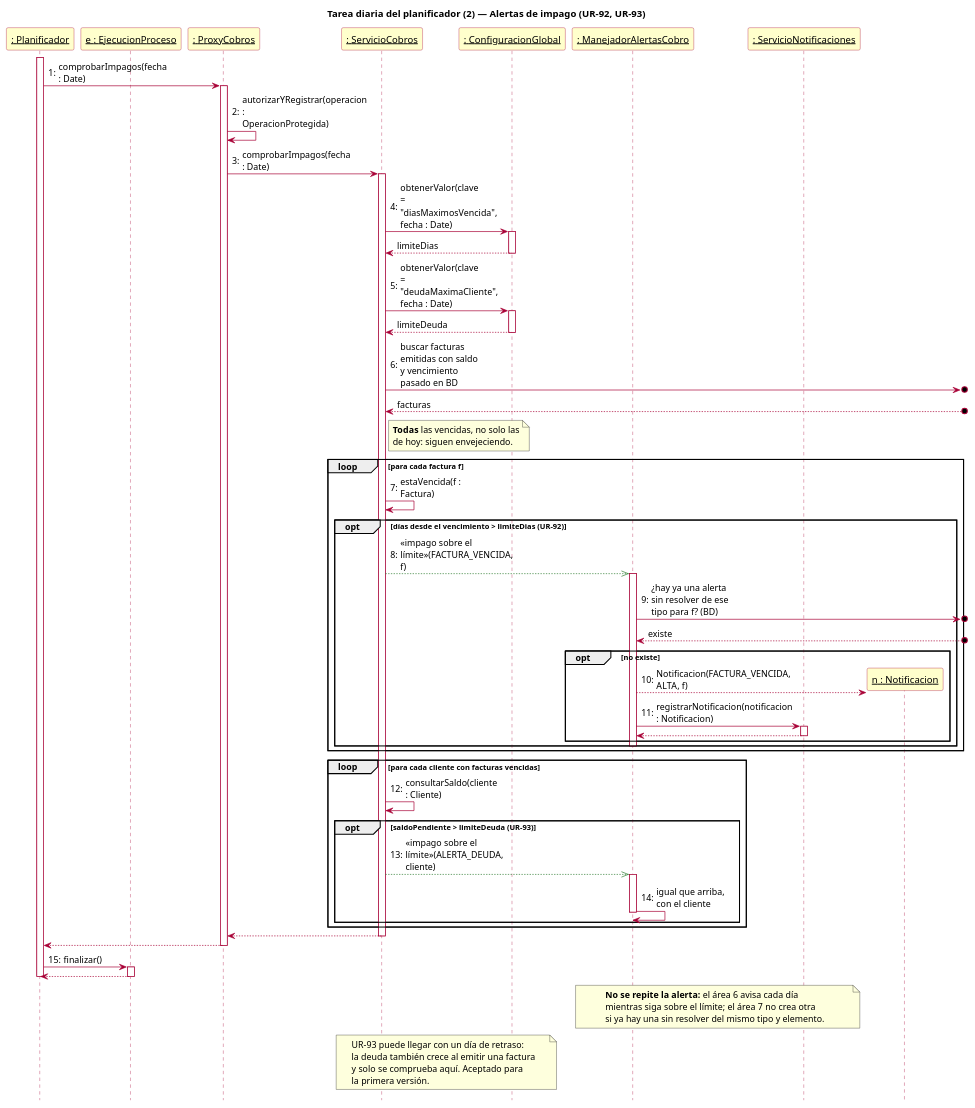
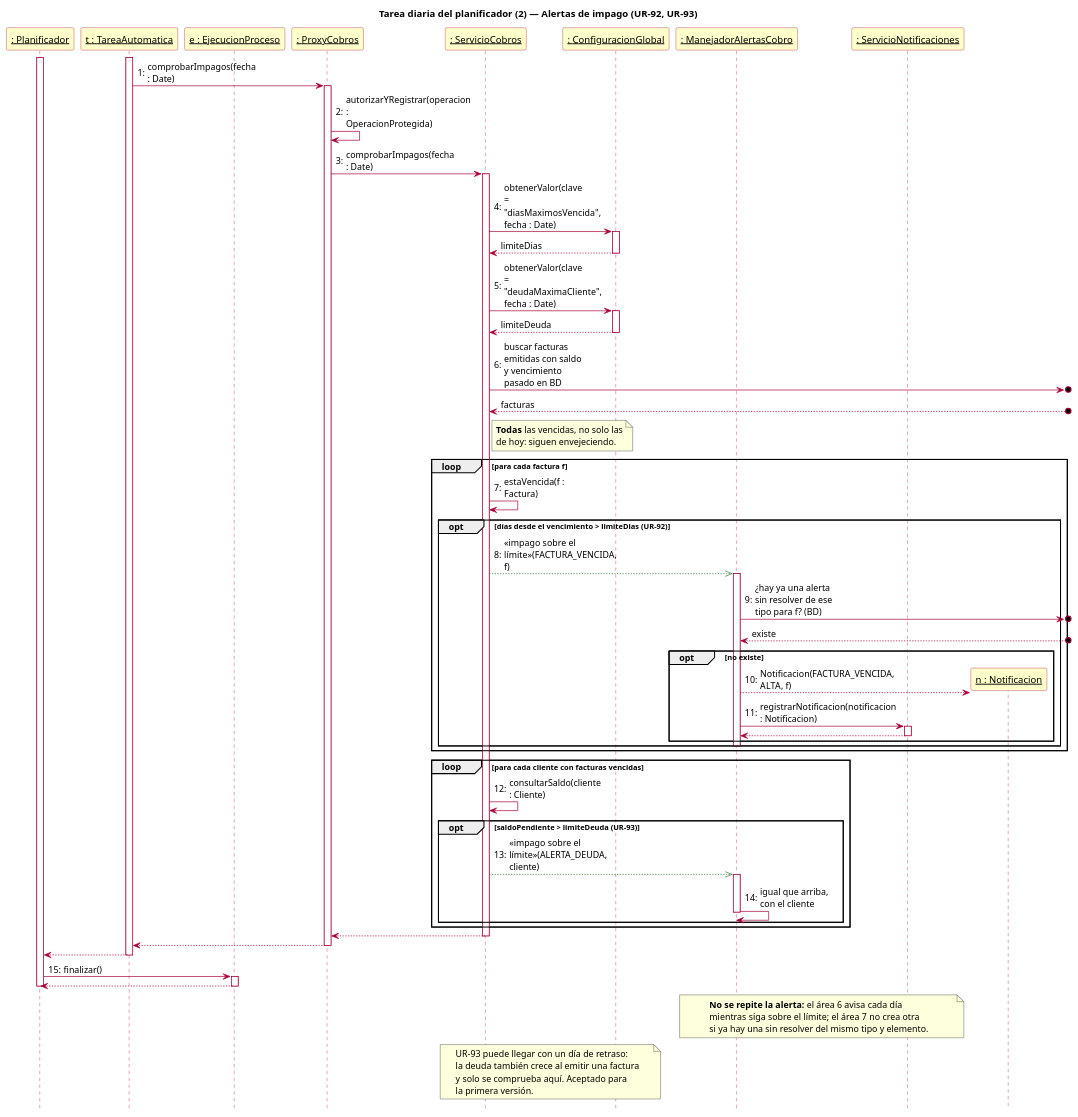
Before and after one commit to naybetaomar/AyDA-ProyectoBebes: the diagram in Entrega2_GrupoBebes/entrega2/diagramas/secuencias/tarea_2_impagos.puml, drawn with PlantUML. The commit also changed 9 other files, not shown here.

```diff
--- a/Entrega2_GrupoBebes/entrega2/diagramas/secuencias/tarea_2_impagos.puml
+++ b/Entrega2_GrupoBebes/entrega2/diagramas/secuencias/tarea_2_impagos.puml
@@ -1,90 +1,94 @@
 @startuml tarea_2_impagos
 title Tarea diaria del planificador (2) — Alertas de impago (UR-92, UR-93)
 hide footbox
 skinparam maxMessageSize 120
 autonumber "0:"
 skinparam sequenceParticipantBackgroundColor #FFFFCC
 skinparam sequenceParticipantBorderColor #A80036
 skinparam sequenceArrowColor #A80036
 skinparam sequenceLifeLineBorderColor #A80036
 
 participant "__: Planificador__" as P
+participant "__t : TareaAutomatica__" as T
 participant "__e : EjecucionProceso__" as E
 participant "__: ProxyCobros__" as PX
 participant "__: ServicioCobros__" as SC
 participant "__: ConfiguracionGlobal__" as CG
 participant "__: ManejadorAlertasCobro__" as MA
 participant "__: ServicioNotificaciones__" as SN
 
 activate P
-P -> PX ++ : comprobarImpagos(fecha : Date)
+activate T
+T -> PX ++ : comprobarImpagos(fecha : Date)
 PX -> PX : autorizarYRegistrar(operacion : OperacionProtegida)
 PX -> SC ++ : comprobarImpagos(fecha : Date)
 SC -> CG ++ : obtenerValor(clave = "diasMaximosVencida", fecha : Date)
 autonumber stop
 return limiteDias
 autonumber resume
 SC -> CG ++ : obtenerValor(clave = "deudaMaximaCliente", fecha : Date)
 autonumber stop
 return limiteDeuda
 autonumber resume
 SC ->o] : buscar facturas emitidas con saldo y vencimiento pasado en BD
 autonumber stop
 SC <--o] : facturas
 autonumber resume
 note right of SC
   **Todas** las vencidas, no solo las
   de hoy: siguen envejeciendo.
 end note
 
 loop para cada factura f
   SC -> SC : estaVencida(f : Factura)
   opt días desde el vencimiento > limiteDias (UR-92)
     SC -[#2E7D32]->> MA ++ : «impago sobre el límite»(FACTURA_VENCIDA, f)
     MA ->o] : ¿hay ya una alerta sin resolver de ese tipo para f? (BD)
     autonumber stop
     MA <--o] : existe
     autonumber resume
     opt no existe
       create participant "__n : Notificacion__" as N
       MA --> N : Notificacion(FACTURA_VENCIDA, ALTA, f)
       MA -> SN ++ : registrarNotificacion(notificacion : Notificacion)
       autonumber stop
       return
       autonumber resume
     end
     deactivate MA
   end
 end
 
 loop para cada cliente con facturas vencidas
   SC -> SC : consultarSaldo(cliente : Cliente)
   opt saldoPendiente > limiteDeuda (UR-93)
     SC -[#2E7D32]->> MA ++ : «impago sobre el límite»(ALERTA_DEUDA, cliente)
     MA -> MA : igual que arriba, con el cliente
     deactivate MA
   end
 end
 autonumber stop
 return
 return
+T --> P
+deactivate T
 autonumber resume
 
 P -> E ++ : finalizar()
 autonumber stop
 return
 autonumber resume
 deactivate P
 
 note over MA, SN
   **No se repite la alerta:** el área 6 avisa cada día
   mientras siga sobre el límite; el área 7 no crea otra
   si ya hay una sin resolver del mismo tipo y elemento.
 end note
 note over SC, CG
   UR-93 puede llegar con un día de retraso:
   la deuda también crece al emitir una factura
   y solo se comprueba aquí. Aceptado para
   la primera versión.
 end note
 @enduml
```
